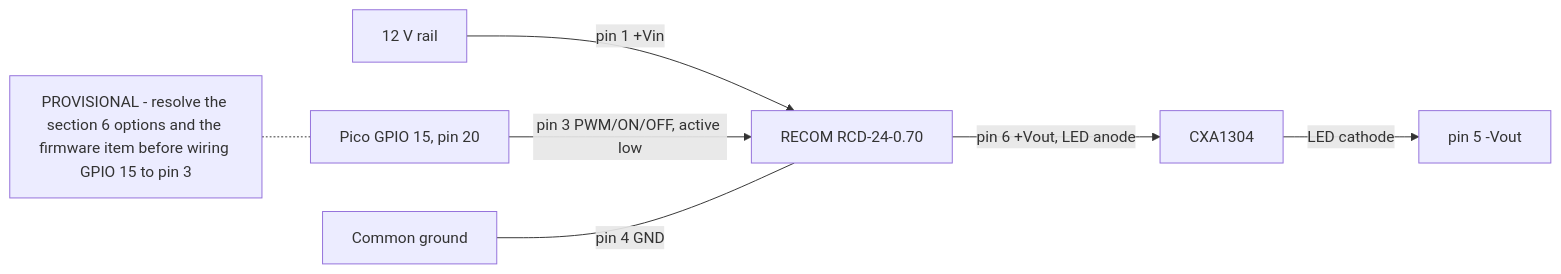
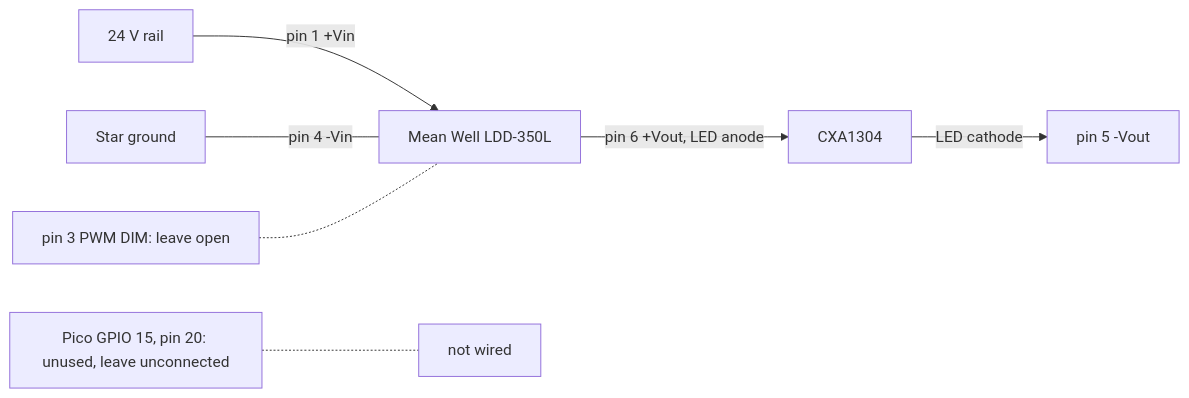
The fourth of 4 diagrams in docs/design/wiring.md (hess105/Super8FilmScanner), drawn with Mermaid before and after one commit. The commit also changed other lines of this file and 4 other files, not shown here.

````diff
--- a/docs/design/wiring.md
+++ b/docs/design/wiring.md
@@ -147,9 +151,9 @@
 ```mermaid
 flowchart LR
-    R12[12 V rail] -->|pin 1 +Vin| LDV[RECOM RCD-24-0.70]
-    PWM[Pico GPIO 15, pin 20] -->|pin 3 PWM/ON/OFF, active low| LDV
+    R24[24 V rail] -->|pin 1 +Vin| LDV[Mean Well LDD-350L]
+    GND[Star ground] ---|pin 4 -Vin| LDV
     LDV -->|pin 6 +Vout, LED anode| LED[CXA1304]
     LED -->|LED cathode| LDV5[pin 5 -Vout]
-    GND[Common ground] ---|pin 4 GND| LDV
-    NOTE[PROVISIONAL - resolve the section 6 options and the firmware item before wiring GPIO 15 to pin 3] -.- PWM
+    DIM[pin 3 PWM DIM: leave open] -.- LDV
+    GP[Pico GPIO 15, pin 20: unused, leave unconnected] -.- NOTE[not wired]
 ```
````
